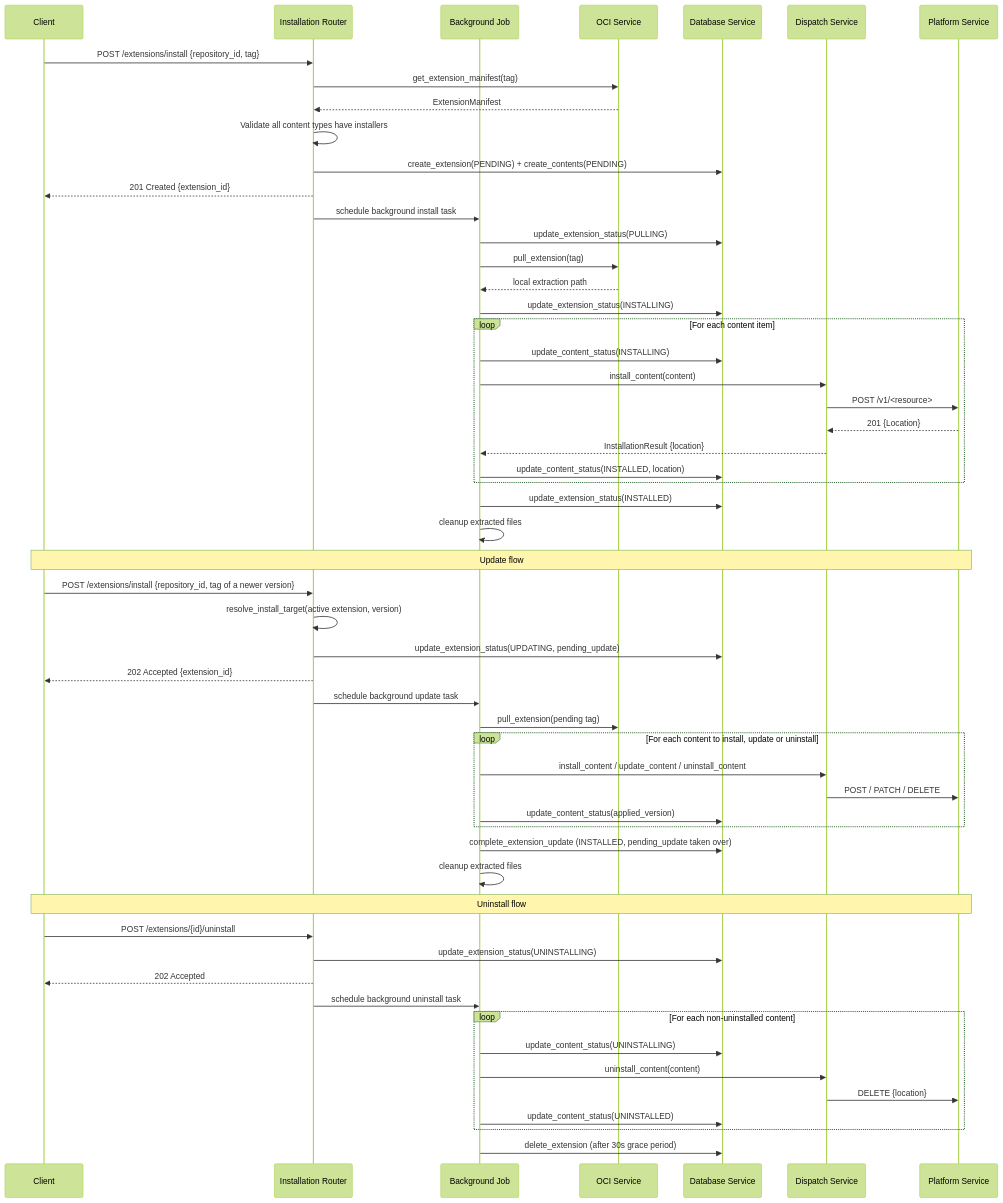
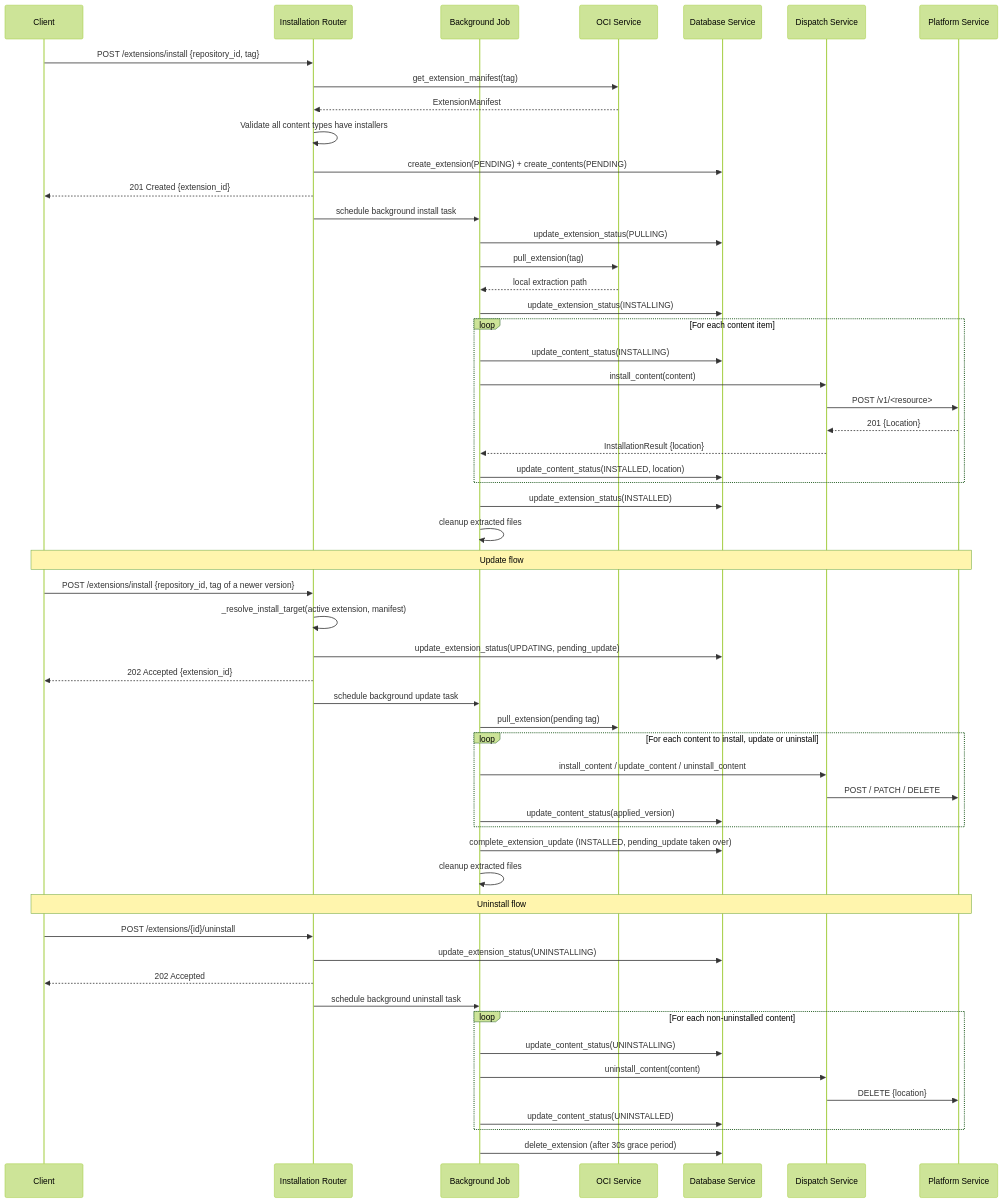
The fourth of 4 diagrams in services/base/extension-manager-service/docker/files/app/README.md (kaapana/kaapana), drawn with Mermaid (forest theme) before and after one commit. The commit also changed other lines of this file and 3 other files, not shown here.

````diff
--- a/services/base/extension-manager-service/docker/files/app/README.md
+++ b/services/base/extension-manager-service/docker/files/app/README.md
@@ -282,63 +282,63 @@
 ```mermaid
 sequenceDiagram
     participant C as Client
     participant IR as Installation Router
     participant BG as Background Job
     participant OCI as OCI Service
     participant DB as Database Service
     participant D as Dispatch Service
     participant P as Platform Service
 
     C->>IR: POST /extensions/install {repository_id, tag}
     IR->>OCI: get_extension_manifest(tag)
     OCI-->>IR: ExtensionManifest
     IR->>IR: Validate all content types have installers
     IR->>DB: create_extension(PENDING) + create_contents(PENDING)
     IR-->>C: 201 Created {extension_id}
 
     IR->>BG: schedule background install task
 
     BG->>DB: update_extension_status(PULLING)
     BG->>OCI: pull_extension(tag)
     OCI-->>BG: local extraction path
 
     BG->>DB: update_extension_status(INSTALLING)
     loop For each content item
         BG->>DB: update_content_status(INSTALLING)
         BG->>D: install_content(content)
         D->>P: POST /v1/<resource>
         P-->>D: 201 {Location}
         D-->>BG: InstallationResult {location}
         BG->>DB: update_content_status(INSTALLED, location)
     end
     BG->>DB: update_extension_status(INSTALLED)
     BG->>BG: cleanup extracted files
 
     Note over C,P: Update flow
     C->>IR: POST /extensions/install {repository_id, tag of a newer version}
-    IR->>IR: resolve_install_target(active extension, version)
+    IR->>IR: _resolve_install_target(active extension, manifest)
     IR->>DB: update_extension_status(UPDATING, pending_update)
     IR-->>C: 202 Accepted {extension_id}
     IR->>BG: schedule background update task
     BG->>OCI: pull_extension(pending tag)
     loop For each content to install, update or uninstall
         BG->>D: install_content / update_content / uninstall_content
         D->>P: POST / PATCH / DELETE
         BG->>DB: update_content_status(applied_version)
     end
     BG->>DB: complete_extension_update (INSTALLED, pending_update taken over)
     BG->>BG: cleanup extracted files
 
     Note over C,P: Uninstall flow
     C->>IR: POST /extensions/{id}/uninstall
     IR->>DB: update_extension_status(UNINSTALLING)
     IR-->>C: 202 Accepted
     IR->>BG: schedule background uninstall task
     loop For each non-uninstalled content
         BG->>DB: update_content_status(UNINSTALLING)
         BG->>D: uninstall_content(content)
         D->>P: DELETE {location}
         BG->>DB: update_content_status(UNINSTALLED)
     end
     BG->>DB: delete_extension (after 30s grace period)
 ```
````
